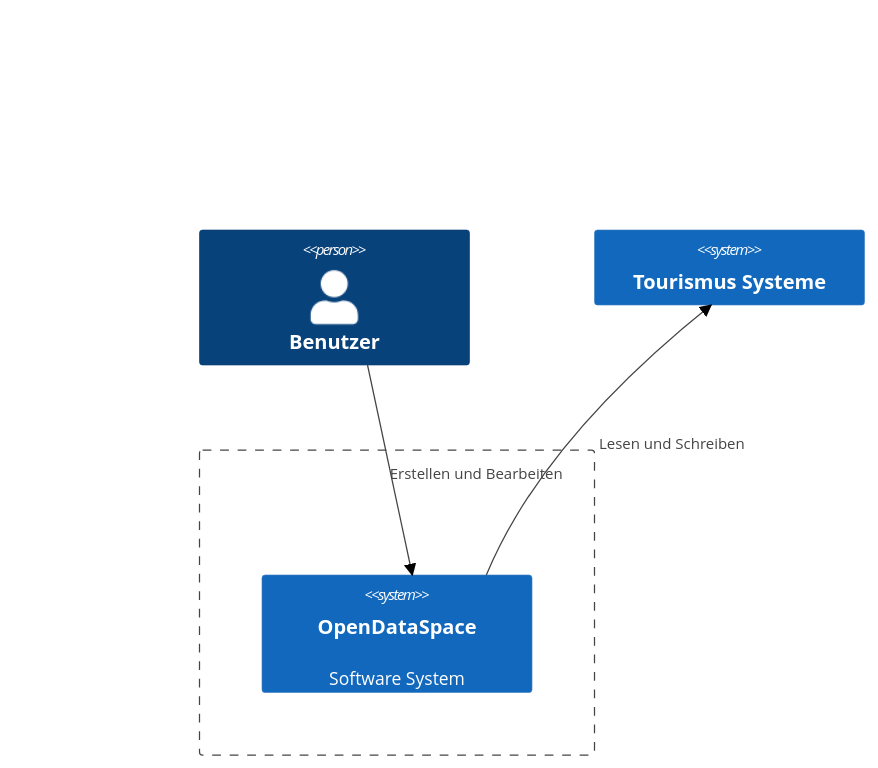
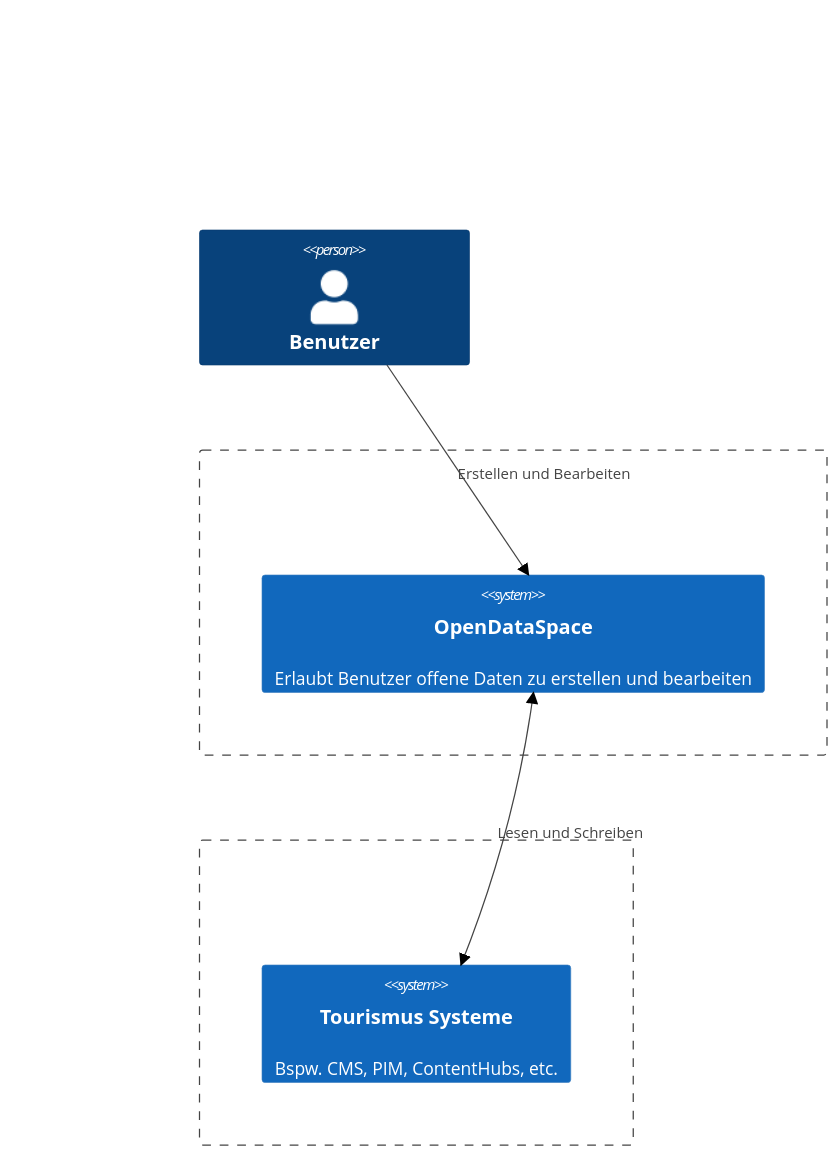
Before and after one commit to OpenDataSpace-io/docs: the diagram in docs/de/03_system_scope_and_context.md, drawn with Mermaid (forest theme).

Commit message:
fix c4model context

````diff
--- a/docs/de/03_system_scope_and_context.md
+++ b/docs/de/03_system_scope_and_context.md
@@ -8,14 +8,16 @@
 ```mermaid
 C4Context
     Person(Benutzer, "Benutzer")
-    System(TourismusSysteme, "Tourismus Systeme")
-
+    
     Boundary(b1, "", "") {
-        System(OpenDataSpace, "OpenDataSpace", "Software System")
+        System(OpenDataSpace, "OpenDataSpace", "Erlaubt Benutzer offene Daten zu erstellen und bearbeiten")
+    }
+    Boundary(b2, "", "") {
+        System(TourismusSysteme, "Tourismus Systeme", "Bspw. CMS, PIM, ContentHubs, etc.")
     }
 
     Rel(Benutzer, OpenDataSpace, "Erstellen und Bearbeiten")
-    Rel(OpenDataSpace, TourismusSysteme, "Lesen und Schreiben")
+    BiRel(OpenDataSpace, TourismusSysteme, "Lesen und Schreiben")
 
     UpdateLayoutConfig($c4ShapeInRow="3", $c4BoundaryInRow="1")
 ```
````
